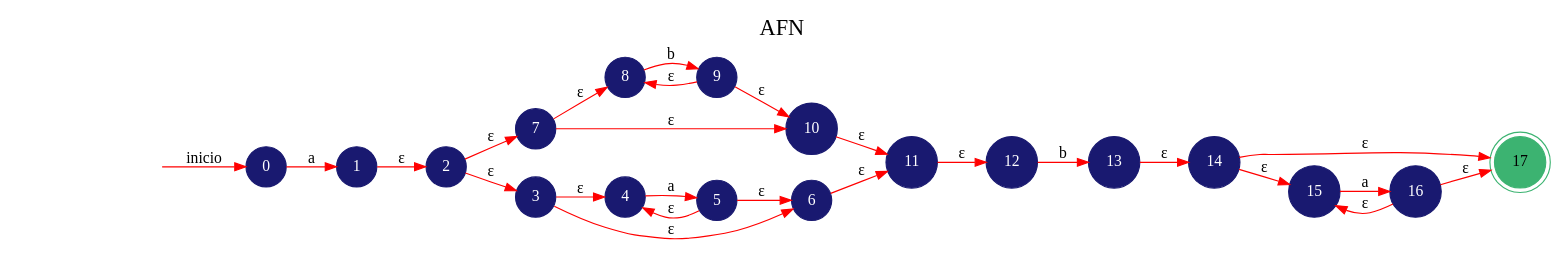
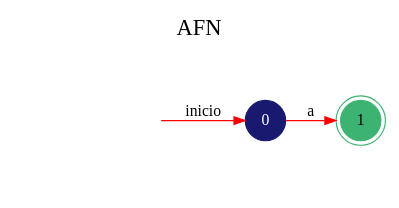
The diagram in GeneracionAutomatas/DOT/AFN.dot (fcpauldiaz-archive/Automata), drawn with Graphviz before and after one commit. The commit also changed 20 other files, not shown here.

```diff
--- a/GeneracionAutomatas/DOT/AFN.dot
+++ b/GeneracionAutomatas/DOT/AFN.dot
@@ -1,34 +1,11 @@
 digraph automata_finito {
 	rankdir=LR;
 	graph [label="AFN", labelloc=t, fontsize=20]; 
-	node [shape=doublecircle, style = filled,color = mediumseagreen]; 17;
+	node [shape=doublecircle, style = filled,color = mediumseagreen]; 1;
 	node [shape=circle];
 	node [color=midnightblue,fontcolor=white];
 	edge [color=red];
 	secret_node [style=invis];
 	secret_node -> 0 [label="inicio"];
 	0 -> 1 [label="a"];
-	1 -> 2 [label="ε"];
-	2 -> 7 [label="ε"];
-	2 -> 3 [label="ε"];
-	3 -> 4 [label="ε"];
-	3 -> 6 [label="ε"];
-	4 -> 5 [label="a"];
-	5 -> 4 [label="ε"];
-	5 -> 6 [label="ε"];
-	6 -> 11 [label="ε"];
-	7 -> 8 [label="ε"];
-	7 -> 10 [label="ε"];
-	8 -> 9 [label="b"];
-	9 -> 8 [label="ε"];
-	9 -> 10 [label="ε"];
-	10 -> 11 [label="ε"];
-	11 -> 12 [label="ε"];
-	12 -> 13 [label="b"];
-	13 -> 14 [label="ε"];
-	14 -> 15 [label="ε"];
-	14 -> 17 [label="ε"];
-	15 -> 16 [label="a"];
-	16 -> 15 [label="ε"];
-	16 -> 17 [label="ε"];
 }
```
